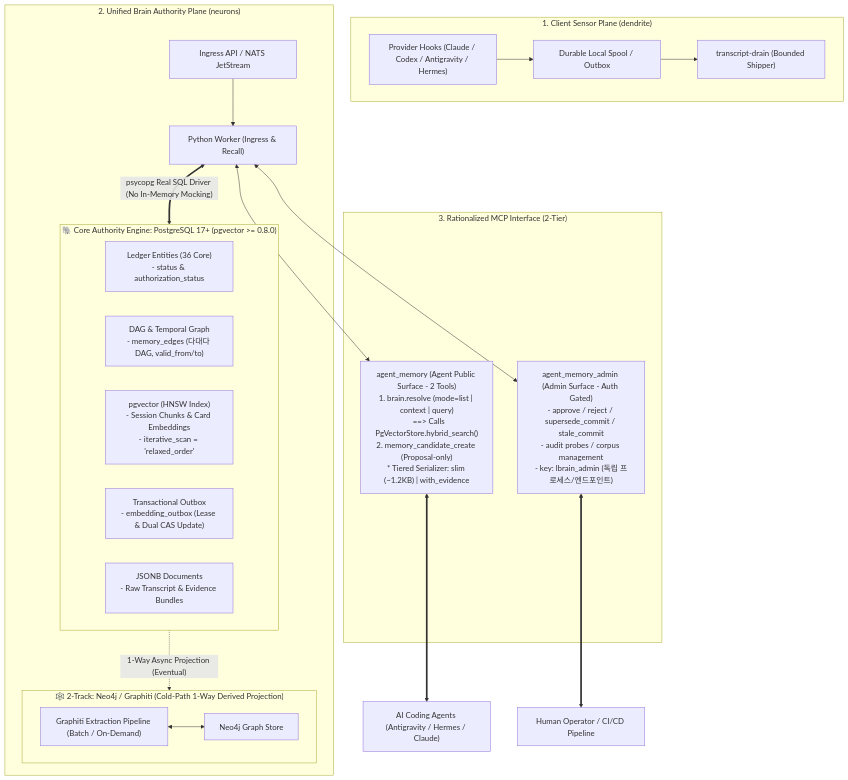
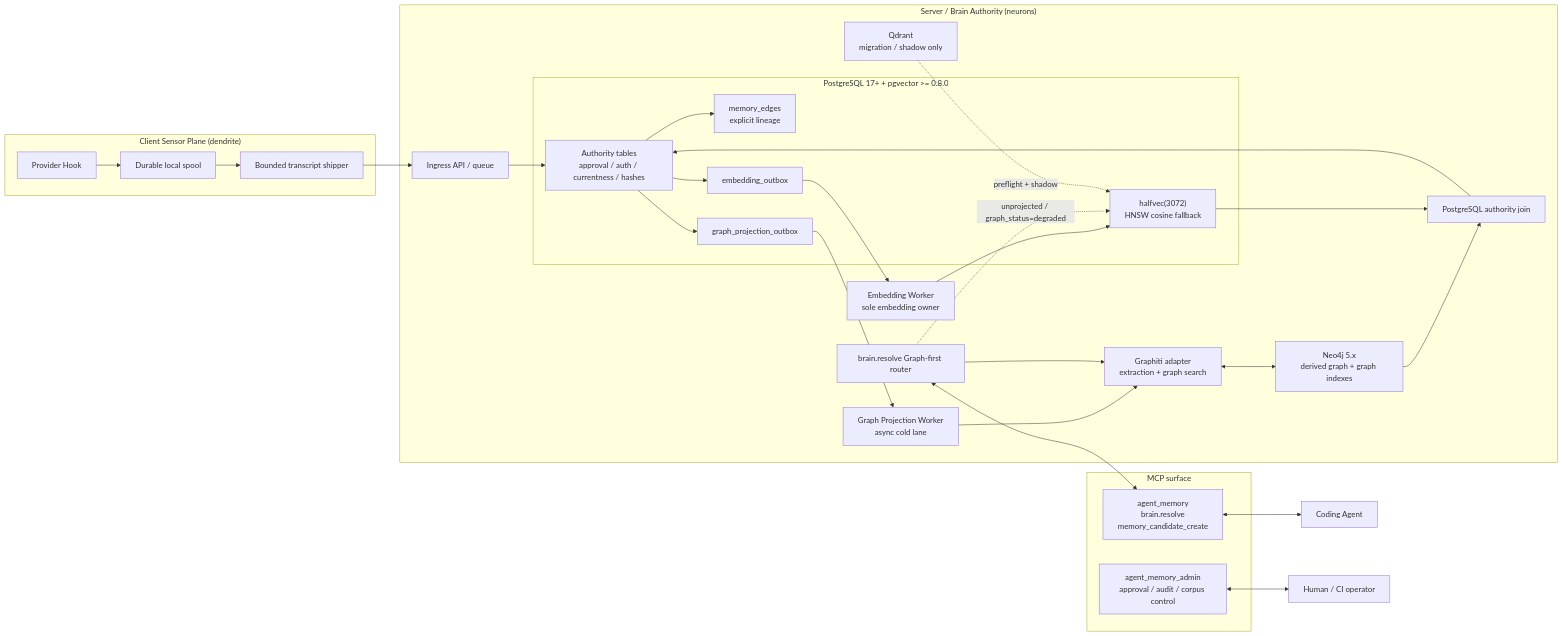
One commit to pureliture/neurons changed the first of 2 diagrams in specs/lbrain-architecture-rationalization/design.md. Above: the diagram before and after it, drawn with Mermaid. The commit also changed other lines of this file and 43 other files, not shown here.

First line of the commit message:
feat(brain): close LBrain M1-M5 with explicit Qdrant-to-pgvector milestones

````diff
--- a/specs/lbrain-architecture-rationalization/design.md
+++ b/specs/lbrain-architecture-rationalization/design.md
@@ -13,56 +31,52 @@
 ```mermaid
-flowchart TB
-    subgraph ClientPlane ["1. Client Sensor Plane (dendrite)"]
-        Hook["Provider Hooks (Claude / Codex / Antigravity / Hermes)"]
-        Spool["Durable Local Spool / Outbox"]
-        Drain["transcript-drain (Bounded Shipper)"]
+flowchart LR
+    subgraph ClientPlane ["Client Sensor Plane (dendrite)"]
+        Hook["Provider Hook"]
+        Spool["Durable local spool"]
+        Drain["Bounded transcript shipper"]
         Hook --> Spool --> Drain
     end
 
-    subgraph ServerPlane ["2. Unified Brain Authority Plane (neurons)"]
-        Ingress["Ingress API / NATS JetStream"]
-        Worker["Python Worker (Ingress & Recall)"]
-        
-        subgraph PostgresStorage ["🐘 Core Authority Engine: PostgreSQL 17+ (pgvector >= 0.8.0)"]
-            Relational["Ledger Entities (36 Core)
-- status & authorization_status"]
-            Edges["DAG & Temporal Graph
-- memory_edges (다대다 DAG, valid_from/to)"]
-            PgVector["pgvector (HNSW Index)
-- Session Chunks & Card Embeddings
-- iterative_scan = 'relaxed_order'"]
-            Outbox["Transactional Outbox
-- embedding_outbox (Lease & Dual CAS Update)"]
-            JsonbStore["JSONB Documents
-- Raw Transcript & Evidence Bundles"]
+    subgraph BrainPlane ["Server / Brain Authority (neurons)"]
+        Ingress["Ingress API / queue"]
+        Router["brain.resolve Graph-first router"]
+
+        subgraph PG ["PostgreSQL 17+ + pgvector >= 0.8.0"]
+            Authority["Authority tables<br/>approval / auth / currentness / hashes"]
+            Edges["memory_edges<br/>explicit lineage"]
+            PGVector["halfvec(3072)<br/>HNSW cosine fallback"]
+            EmbeddingOutbox["embedding_outbox"]
+            GraphOutbox["graph_projection_outbox"]
+            Authority --> Edges
         end
 
-        subgraph GraphWorkbench ["🕸️ 2-Track: Neo4j / Graphiti (Cold-Path 1-Way Derived Projection)"]
-            Neo4j["Neo4j Graph Store"]
-            Graphiti["Graphiti Extraction Pipeline (Batch / On-Demand)"]
-            Graphiti <--> Neo4j
-        end
+        EmbedWorker["Embedding Worker<br/>sole embedding owner"]
+        GraphWorker["Graph Projection Worker<br/>async cold lane"]
+        Graphiti["Graphiti adapter<br/>extraction + graph search"]
+        Neo4j["Neo4j 5.x<br/>derived graph + graph indexes"]
+        Join["PostgreSQL authority join"]
+        Qdrant["Qdrant<br/>migration / shadow only"]
 
-        Ingress --> Worker
-        Worker <== "psycopg Real SQL Driver (No In-Memory Mocking)" ==> PostgresStorage
-        PostgresStorage -. "1-Way Async Projection (Eventual)" .-> GraphWorkbench
+        Ingress --> Authority
+        Authority --> EmbeddingOutbox --> EmbedWorker --> PGVector
+        Authority --> GraphOutbox --> GraphWorker --> Graphiti
+        Graphiti <--> Neo4j
+
+        Router --> Graphiti
+        Neo4j --> Join
+        Join --> Authority
+        Router -. "unprojected / graph_status=degraded" .-> PGVector
+        PGVector --> Join
+        Qdrant -. "preflight + shadow" .-> PGVector
     end
 
-    subgraph MCPSurface ["3. Rationalized MCP Interface (2-Tier)"]
-        AgentMCP["agent_memory (Agent Public Surface - 2 Tools)
-1. brain.resolve (mode=list | context | query)
-   ==> Calls PgVectorStore.hybrid_search()
-2. memory_candidate_create (Proposal-only)
-* Tiered Serializer: slim (~1.2KB) | with_evidence"]
-        
-        AdminMCP["agent_memory_admin (Admin Surface - Auth Gated)
-- approve / reject / supersede_commit / stale_commit
-- audit probes / corpus management
-- key: lbrain_admin (독립 프로세스/엔드포인트)"]
+    subgraph MCP ["MCP surface"]
+        Agent["agent_memory<br/>brain.resolve<br/>memory_candidate_create"]
+        Admin["agent_memory_admin<br/>approval / audit / corpus control"]
     end
 
-    Worker <--> AgentMCP
-    Worker <--> AdminMCP
-    AgentMCP <==> CodingAgents["AI Coding Agents (Antigravity / Hermes / Claude)"]
-    AdminMCP <==> Operator["Human Operator / CI/CD Pipeline"]
+    Drain --> Ingress
+    Router <--> Agent
+    Agent <--> CodingAgent["Coding Agent"]
+    Admin <--> Operator["Human / CI operator"]
 ```
````
